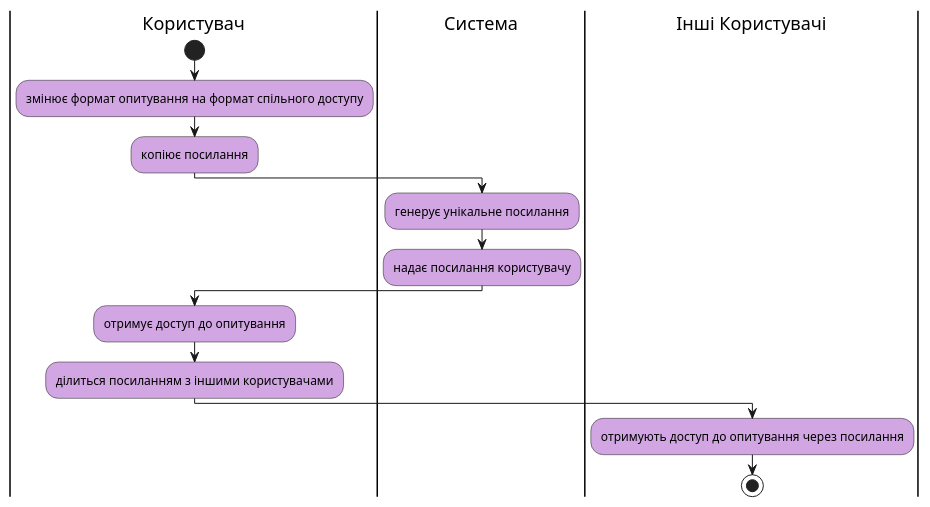
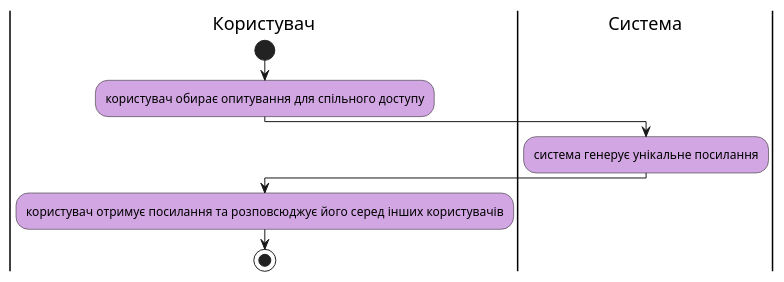
Before and after one commit to sunnytea0/db_labs_my: the fourth of 8 diagrams in docs/use cases/README.md, drawn with PlantUML. The commit also changed other lines of this file and 1 other file, not shown here.

Commit message:
FIXED: SurveyUpdate + SurveyFeedback + SurveyShareAccess

```diff
--- a/docs/use cases/README.md
+++ b/docs/use cases/README.md
@@ -144,21 +146,18 @@
 @startuml
 
     skinparam ActivityBackgroundColor #d1a6e2
 
     |Користувач|
     start;
-    :змінює формат опитування на формат спільного доступу;
-    :копіює посилання;
+    :користувач обирає опитування для спільного доступу;
+
     |Система|
-    :генерує унікальне посилання;
-    :надає посилання користувачу;
+    :система генерує унікальне посилання;
+
     |Користувач|
-    :отримує доступ до опитування;
-    :ділиться посиланням з іншими користувачами;
+    :користувач отримує посилання та розповсюджує його серед інших користувачів;
 
-    |Інші Користувачі|
-    :отримують доступ до опитування через посилання;
 
     stop;
 
 @enduml
```
